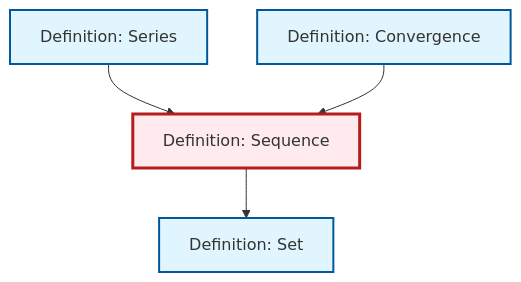
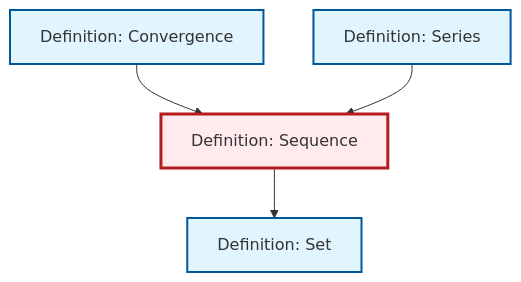
The diagram in content/ja/analysis/def-sequence.qmd (RK0429/ModernMath), drawn with Mermaid before and after one commit. The commit also changed other lines of this file and 497 other files, not shown here.

````diff
--- a/content/ja/analysis/def-sequence.qmd
+++ b/content/ja/analysis/def-sequence.qmd
@@ -75,20 +75,20 @@
 ```{mermaid}
 %%| fig-cap: "Local dependency graph"
 graph TD
     classDef definition fill:#e1f5fe,stroke:#01579b,stroke-width:2px
     classDef theorem fill:#f3e5f5,stroke:#4a148c,stroke-width:2px
     classDef axiom fill:#fff3e0,stroke:#e65100,stroke-width:2px
     classDef example fill:#e8f5e9,stroke:#1b5e20,stroke-width:2px
     classDef current fill:#ffebee,stroke:#b71c1c,stroke-width:3px
+    def-set["Definition: Set"]:::definition
+    def-sequence["Definition: Sequence"]:::definition
+    def-series["Definition: Series"]:::definition
     def-convergence["Definition: Convergence"]:::definition
-    def-set["Definition: Set"]:::definition
-    def-series["Definition: Series"]:::definition
-    def-sequence["Definition: Sequence"]:::definition
+    def-convergence --> def-sequence
+    def-series --> def-sequence
     def-sequence --> def-set
-    def-series --> def-sequence
-    def-convergence --> def-sequence
     class def-sequence current
-    click def-convergence "def-convergence.html" "Definition: Convergenceへ"
     click def-set "def-set.html" "Definition: Setへ"
     click def-series "def-series.html" "Definition: Seriesへ"
+    click def-convergence "def-convergence.html" "Definition: Convergenceへ"
 ```
````
